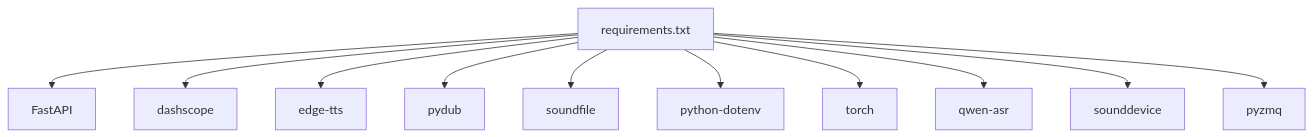
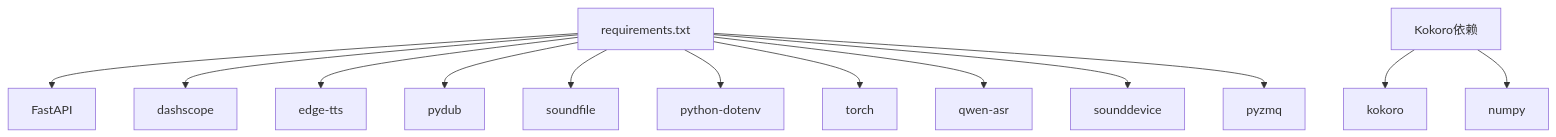
Before and after one commit to 1024dashen/Vue3Speech: the ninth of 9 diagrams in .qoder/repowiki/zh/content/语音合成服务/语音合成服务.md, drawn with Mermaid. The commit also changed other lines of this file and 9 other files, not shown here.

````diff
--- a/.qoder/repowiki/zh/content/语音合成服务/语音合成服务.md
+++ b/.qoder/repowiki/zh/content/语音合成服务/语音合成服务.md
@@ -255,13 +345,15 @@
 ```mermaid
 graph TB
 R["requirements.txt"] --> F["FastAPI"]
 R --> D["dashscope"]
 R --> E["edge-tts"]
 R --> P["pydub"]
 R --> S["soundfile"]
 R --> V["python-dotenv"]
 R --> T["torch"]
 R --> Q["qwen-asr"]
 R --> SD["sounddevice"]
 R --> Z["pyzmq"]
+K["Kokoro依赖"] --> K1["kokoro"]
+K --> K2["numpy"]
 ```
````
